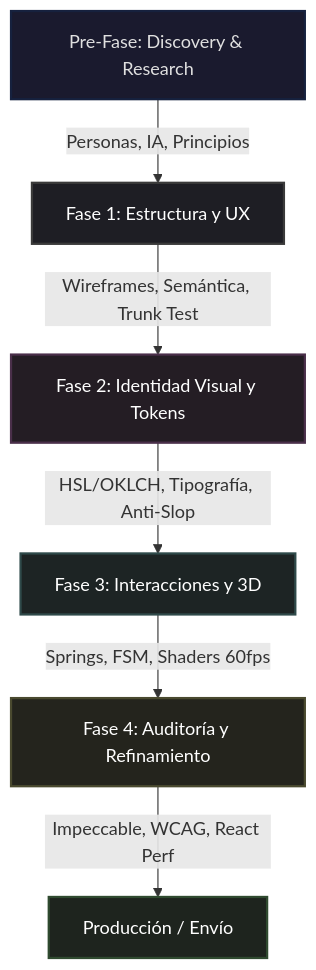
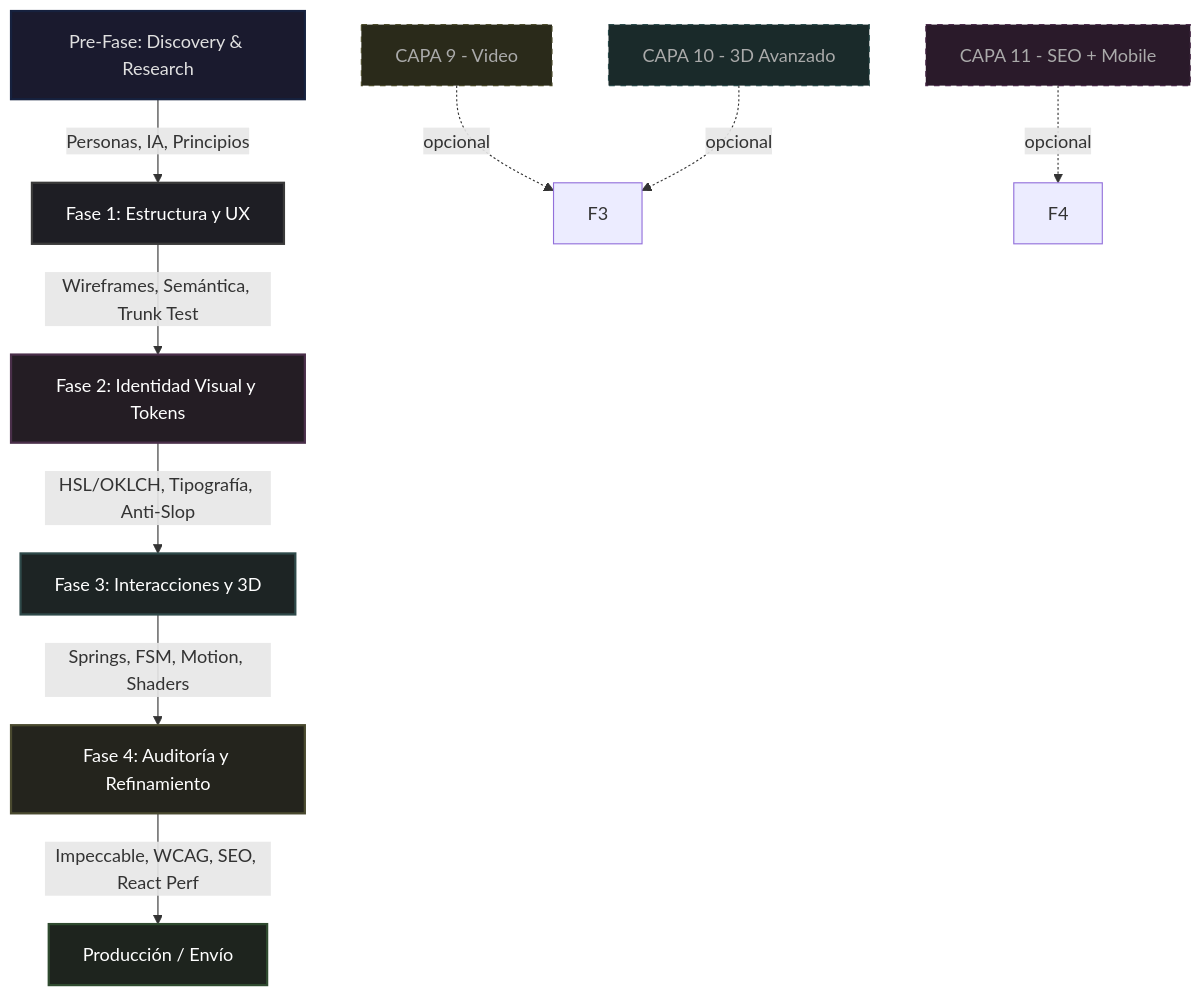
Before and after one commit to ness-e/vantadb.github.io: the third of 3 diagrams in .agent/skills/vanta-design-orchestrator/SKILL.md, drawn with Mermaid. The commit also changed other lines of this file and 9 other files, not shown here.

````diff
--- a/.agent/skills/vanta-design-orchestrator/SKILL.md
+++ b/.agent/skills/vanta-design-orchestrator/SKILL.md
@@ -342,16 +701,23 @@
 ```mermaid
 graph TD
     P[Pre-Fase: Discovery & Research] -->|Personas, IA, Principios| A
     A[Fase 1: Estructura y UX] -->|Wireframes, Semántica, Trunk Test| B
     B[Fase 2: Identidad Visual y Tokens] -->|HSL/OKLCH, Tipografía, Anti-Slop| C
-    C[Fase 3: Interacciones y 3D] -->|Springs, FSM, Shaders 60fps| D
-    D[Fase 4: Auditoría y Refinamiento] -->|Impeccable, WCAG, React Perf| E
+    C[Fase 3: Interacciones y 3D] -->|Springs, FSM, Motion, Shaders| D
+    D[Fase 4: Auditoría y Refinamiento] -->|Impeccable, WCAG, SEO, React Perf| E
     E[Producción / Envío]
+
+    C9[CAPA 9 - Video] -.->|opcional| F3
+    C10[CAPA 10 - 3D Avanzado] -.->|opcional| F3
+    C11[CAPA 11 - SEO + Mobile] -.->|opcional| F4
 
     style P fill:#1a1a2e,stroke:#16213e,stroke-width:2px,color:#e0e0e0
     style A fill:#1e1e24,stroke:#3a3a3a,stroke-width:2px,color:#fff
     style B fill:#241d24,stroke:#4a2f4a,stroke-width:2px,color:#fff
     style C fill:#1d2424,stroke:#2f4a4a,stroke-width:2px,color:#fff
     style D fill:#24241d,stroke:#4a4a2f,stroke-width:2px,color:#fff
     style E fill:#1e241e,stroke:#2f4a2f,stroke-width:2px,color:#fff
+    style C9 fill:#2a2a1a,stroke:#4a4a2a,stroke-width:1px,color:#aaa,stroke-dasharray: 5 5
+    style C10 fill:#1a2a2a,stroke:#2a4a4a,stroke-width:1px,color:#aaa,stroke-dasharray: 5 5
+    style C11 fill:#2a1a2a,stroke:#4a2a4a,stroke-width:1px,color:#aaa,stroke-dasharray: 5 5
 ```
````
